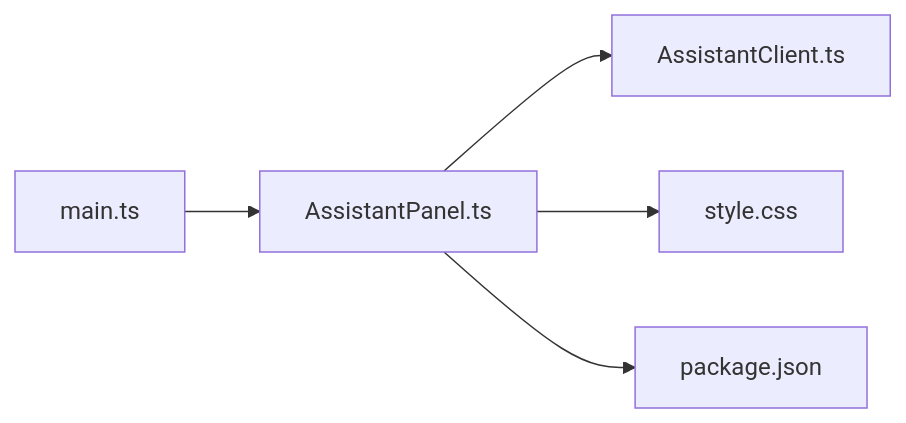
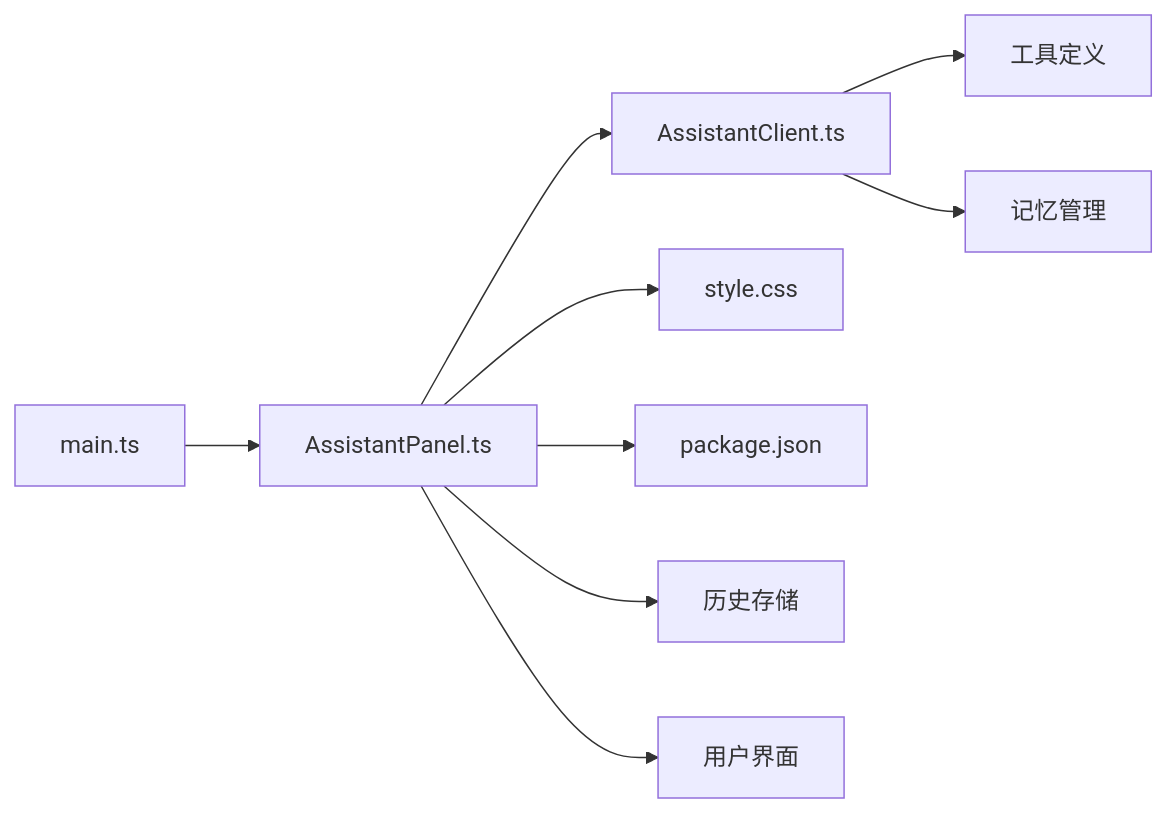
One commit to Wumiu/Petra changed the third of 3 diagrams in .qoder/repowiki/zh/content/AI助手模块/AssistantPanel用户界面.md. Above: the diagram before and after it, drawn with Mermaid. The commit also changed other lines of this file and 45 other files, not shown here.

````diff
--- a/.qoder/repowiki/zh/content/AI助手模块/AssistantPanel用户界面.md
+++ b/.qoder/repowiki/zh/content/AI助手模块/AssistantPanel用户界面.md
@@ -166,7 +236,11 @@
 ```mermaid
 graph LR
 Main["main.ts"] --> Panel["AssistantPanel.ts"]
 Panel --> Client["AssistantClient.ts"]
 Panel --> Style["style.css"]
 Panel --> Config["package.json"]
+Client --> Tools["工具定义"]
+Client --> Memory["记忆管理"]
+Panel --> History["历史存储"]
+Panel --> UI["用户界面"]
 ```
````
